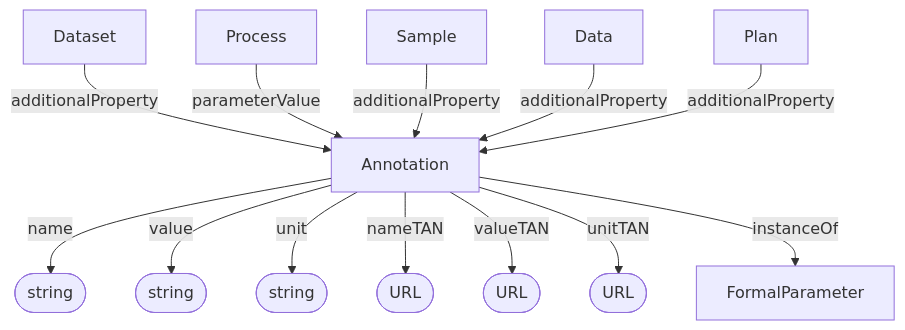
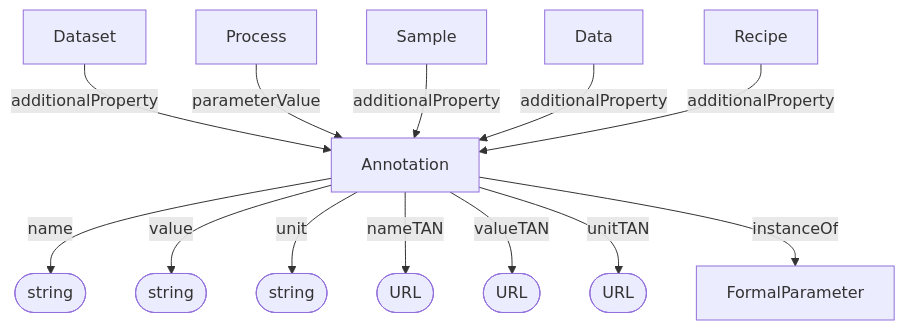
One commit to HLWeil/ProcessCore changed the diagram in docs/spec/core/Annotation.md. Above: the diagram before and after it, drawn with Mermaid. The commit also changed 71 other files, not shown here.

Commit message:
rename plan to recipe

````diff
--- a/docs/spec/core/Annotation.md
+++ b/docs/spec/core/Annotation.md
@@ -35,27 +35,27 @@
 ```mermaid
 flowchart TD
 
     na@{ shape: stadium, label: "string" }
     va@{ shape: stadium, label: "string" }
     un@{ shape: stadium, label: "string" }
     nt@{ shape: stadium, label: "URL" }
     vt@{ shape: stadium, label: "URL" }
     ut@{ shape: stadium, label: "URL" }
 
     Dataset --additionalProperty--> Annotation
     Process --parameterValue--> Annotation
     Sample --additionalProperty--> Annotation
     Data --additionalProperty--> Annotation
-    Plan --additionalProperty--> Annotation
+    Recipe --additionalProperty--> Annotation
 
     Annotation --name--> na
     Annotation --value--> va
     Annotation --unit--> un
     Annotation --nameTAN--> nt
     Annotation --valueTAN--> vt
     Annotation --unitTAN--> ut
 
     Annotation --instanceOf--> FormalParameter
     
 
 ```
````
